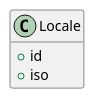
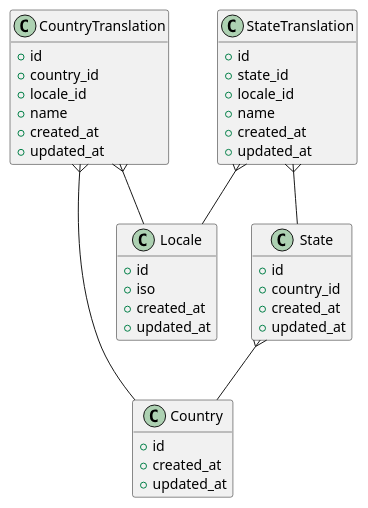
Before and after one commit to Corona-vor-Ort/corona-vor-ort-api: the diagram in docs/db.puml, drawn with PlantUML. The commit also changed 1 other file, not shown here.

Commit message:
Update UML file
#1

```diff
--- a/docs/db.puml
+++ b/docs/db.puml
@@ -1,11 +1,52 @@
 @startuml
 
 hide empty fields
 hide empty methods
 
 class Locale {
     + id
     + iso
+    + created_at
+    + updated_at
 }
 
+class Country {
+    + id
+    + created_at
+    + updated_at
+}
+
+class CountryTranslation {
+    + id
+    + country_id
+    + locale_id
+    + name
+    + created_at
+    + updated_at
+}
+
+CountryTranslation }-- Country
+CountryTranslation }-- Locale
+
+class State {
+    + id
+    + country_id
+    + created_at
+    + updated_at
+}
+
+State }-- Country
+
+class StateTranslation {
+    + id
+    + state_id
+    + locale_id
+    + name
+    + created_at
+    + updated_at
+}
+
+StateTranslation }-- State
+StateTranslation }-- Locale
+
 @enduml
```
